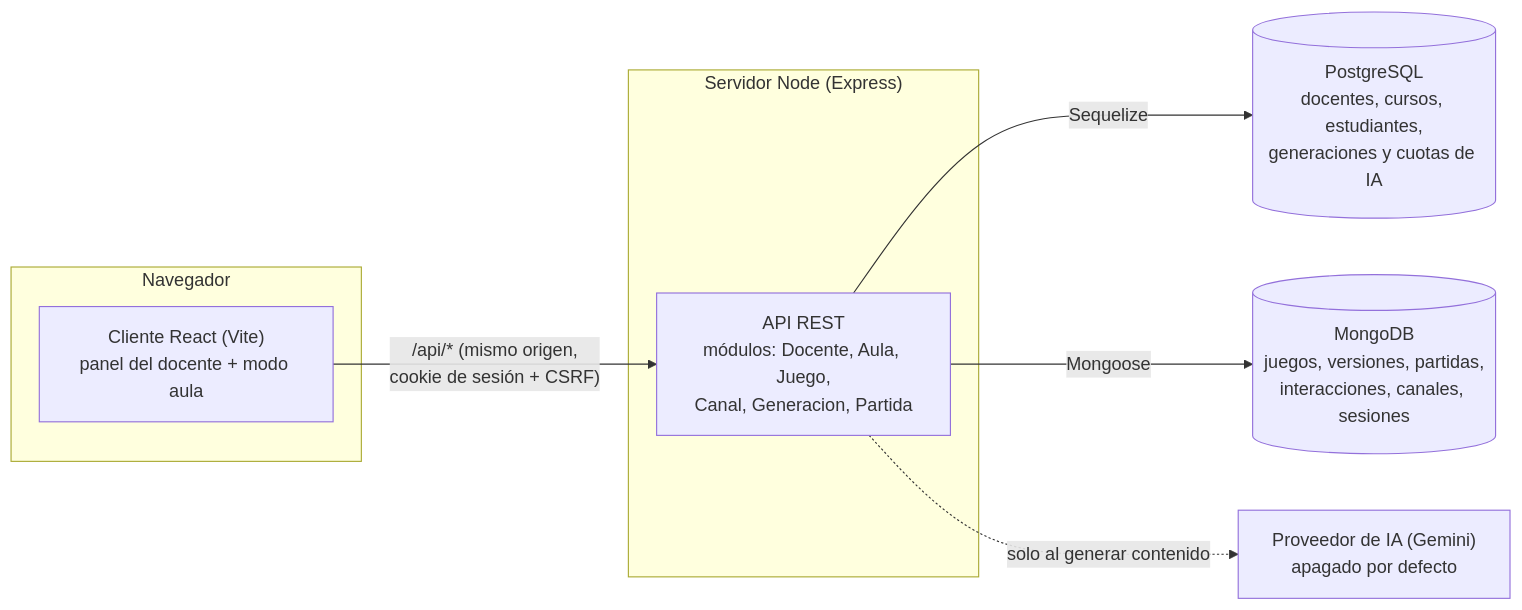
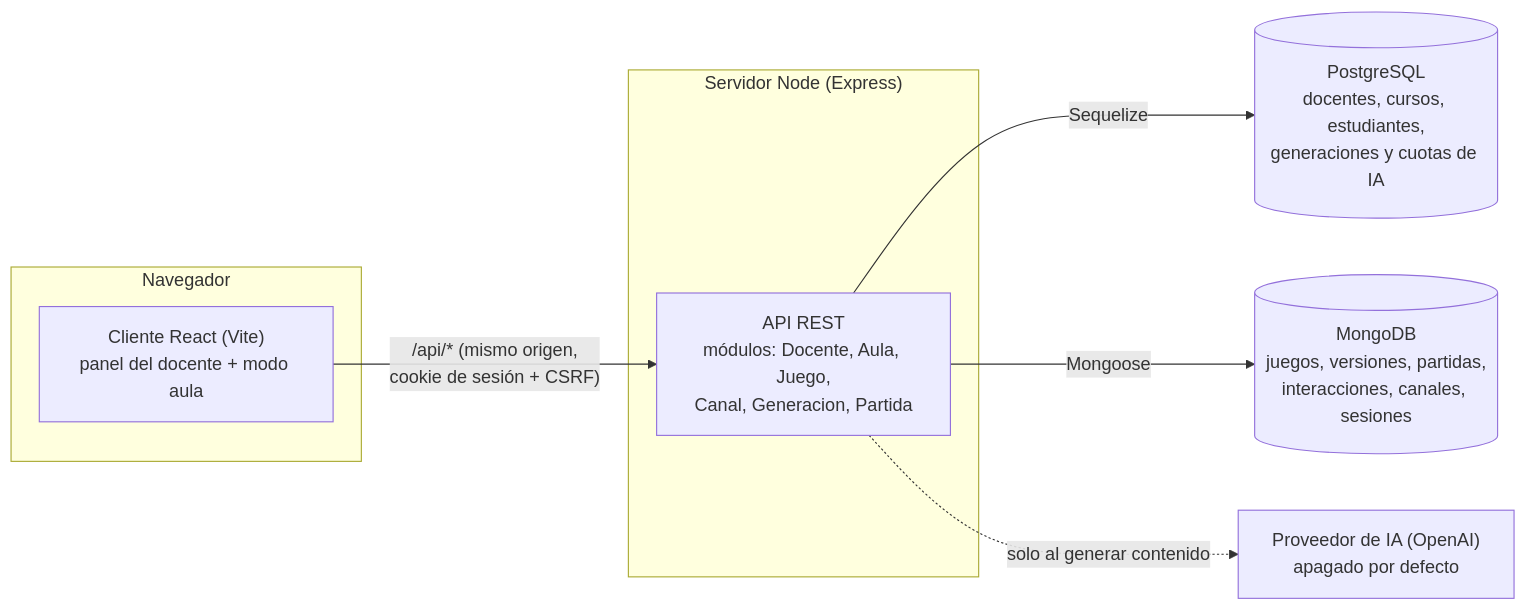
One commit to A13XMC11/proyecto_desarrollo_2 changed the first of 5 diagrams in server-v2/docs/arquitectura.md. Above: the diagram before and after it, drawn with Mermaid. The commit also changed 13 other files, not shown here.

First line of the commit message:
feat: proveedor de IA OpenAI para la generacion de actividades

````diff
--- a/server-v2/docs/arquitectura.md
+++ b/server-v2/docs/arquitectura.md
@@ -8,13 +8,13 @@
 ```mermaid
 flowchart LR
   subgraph Navegador
     C["Cliente React (Vite)<br/>panel del docente + modo aula"]
   end
   C -- "/api/* (mismo origen,<br/>cookie de sesión + CSRF)" --> A
   subgraph Servidor["Servidor Node (Express)"]
     A["API REST<br/>módulos: Docente, Aula, Juego,<br/>Canal, Generacion, Partida"]
   end
   A -- "Sequelize" --> P[("PostgreSQL<br/>docentes, cursos, estudiantes,<br/>generaciones y cuotas de IA")]
   A -- "Mongoose" --> M[("MongoDB<br/>juegos, versiones, partidas,<br/>interacciones, canales, sesiones")]
-  A -. "solo al generar contenido" .-> G["Proveedor de IA (Gemini)<br/>apagado por defecto"]
+  A -. "solo al generar contenido" .-> G["Proveedor de IA (OpenAI)<br/>apagado por defecto"]
 ```
````
